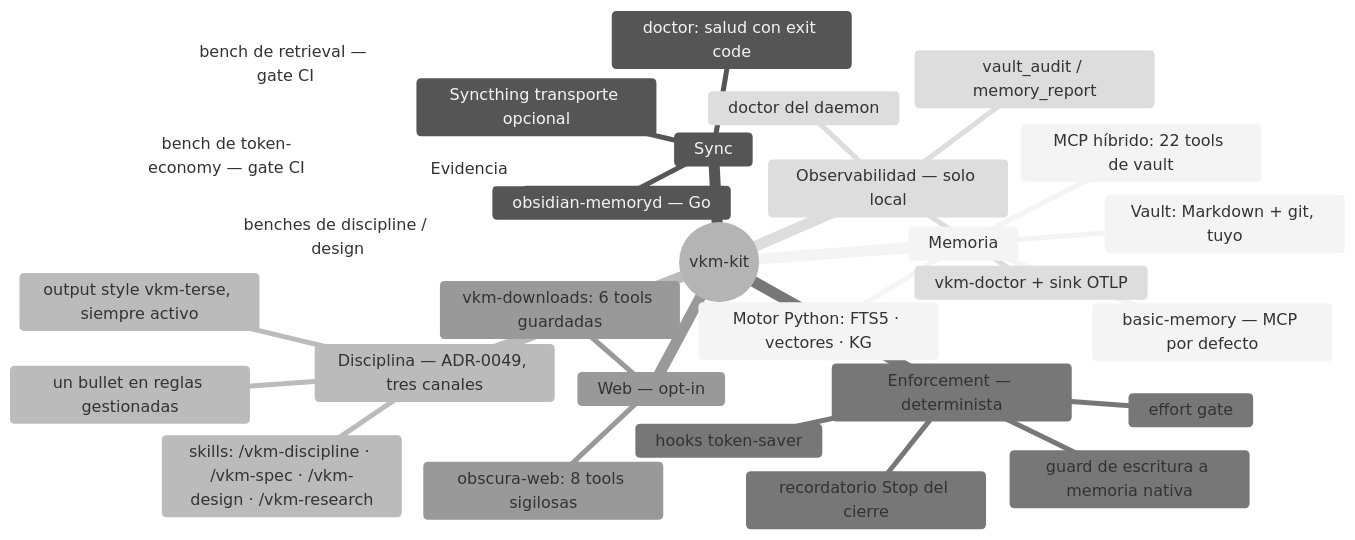
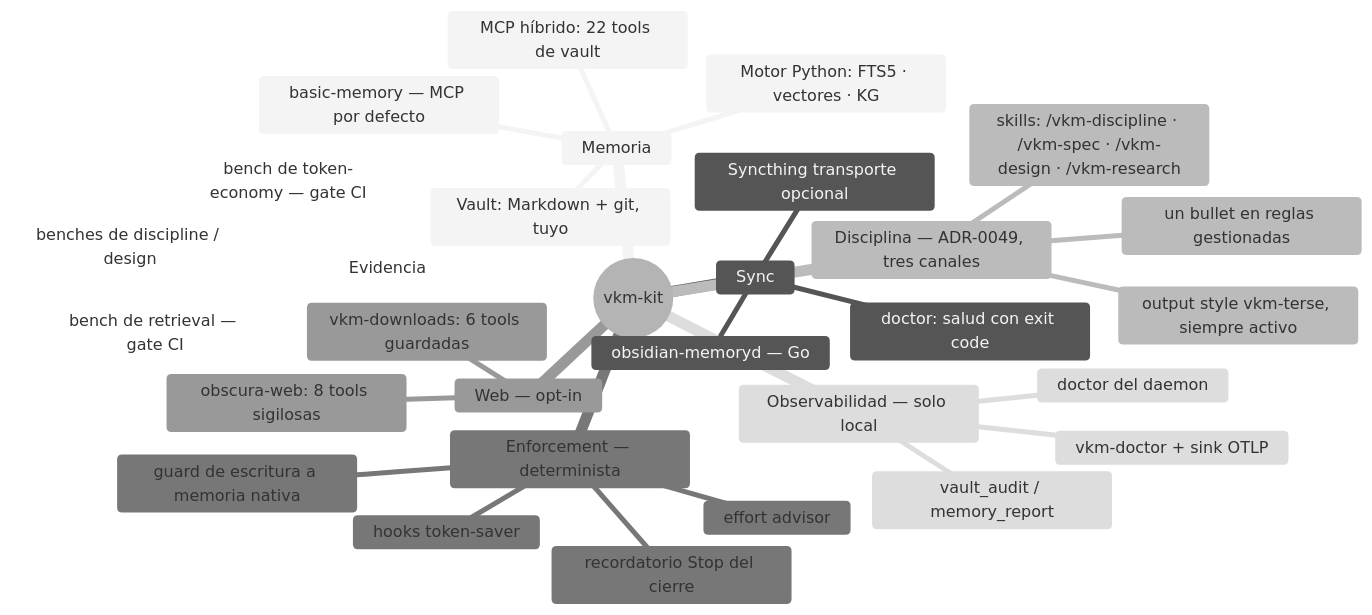
One commit to Vahlame/create-vkm-kit changed the seventh of 7 diagrams in docs/es/arquitectura-a-fondo.md. Above: the diagram before and after it, drawn with Mermaid (neutral theme). The commit also changed 13 other files, not shown here.

````diff
--- a/docs/es/arquitectura-a-fondo.md
+++ b/docs/es/arquitectura-a-fondo.md
@@ -171,33 +171,33 @@
 ```mermaid
 mindmap
   root((vkm-kit))
     Memoria
       Vault: Markdown + git, tuyo
       basic-memory — MCP por defecto
       MCP híbrido: 22 tools de vault
       Motor Python: FTS5 · vectores · KG
     Sync
       obsidian-memoryd — Go
       doctor: salud con exit code
       Syncthing transporte opcional
     Disciplina — ADR-0049, tres canales
       output style vkm-terse, siempre activo
       un bullet en reglas gestionadas
       skills: /vkm-discipline · /vkm-spec · /vkm-design · /vkm-research
     Enforcement — determinista
       guard de escritura a memoria nativa
       recordatorio Stop del cierre
-      effort gate
+      effort advisor
       hooks token-saver
     Web — opt-in
       obscura-web: 8 tools sigilosas
       vkm-downloads: 6 tools guardadas
     Observabilidad — solo local
       vkm-doctor + sink OTLP
       doctor del daemon
       vault_audit / memory_report
     Evidencia
       bench de retrieval — gate CI
       bench de token-economy — gate CI
       benches de discipline / design
 ```
````
